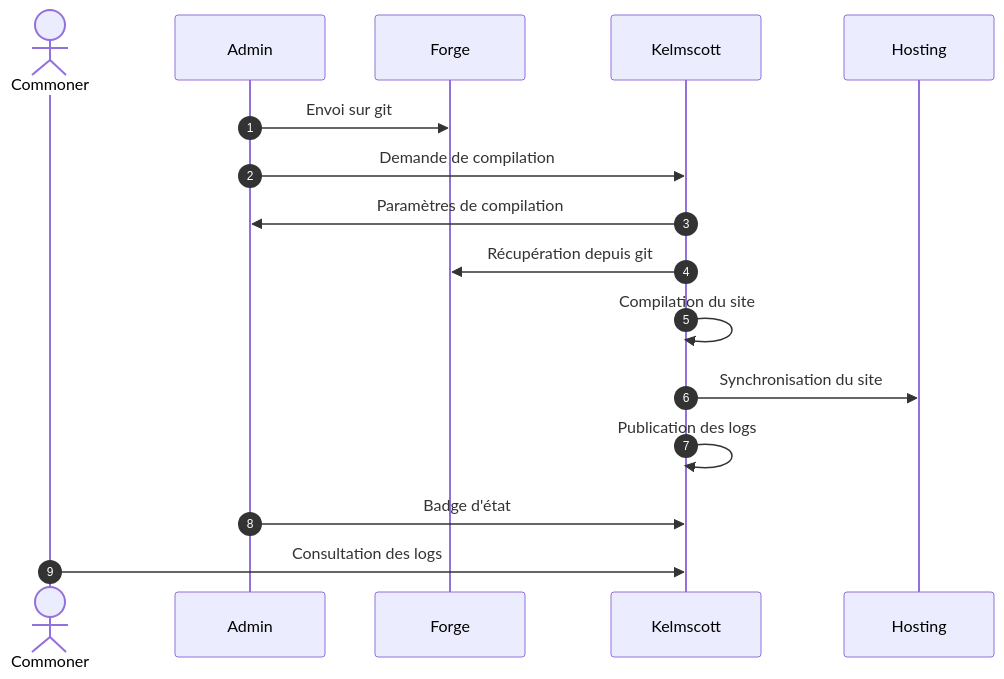
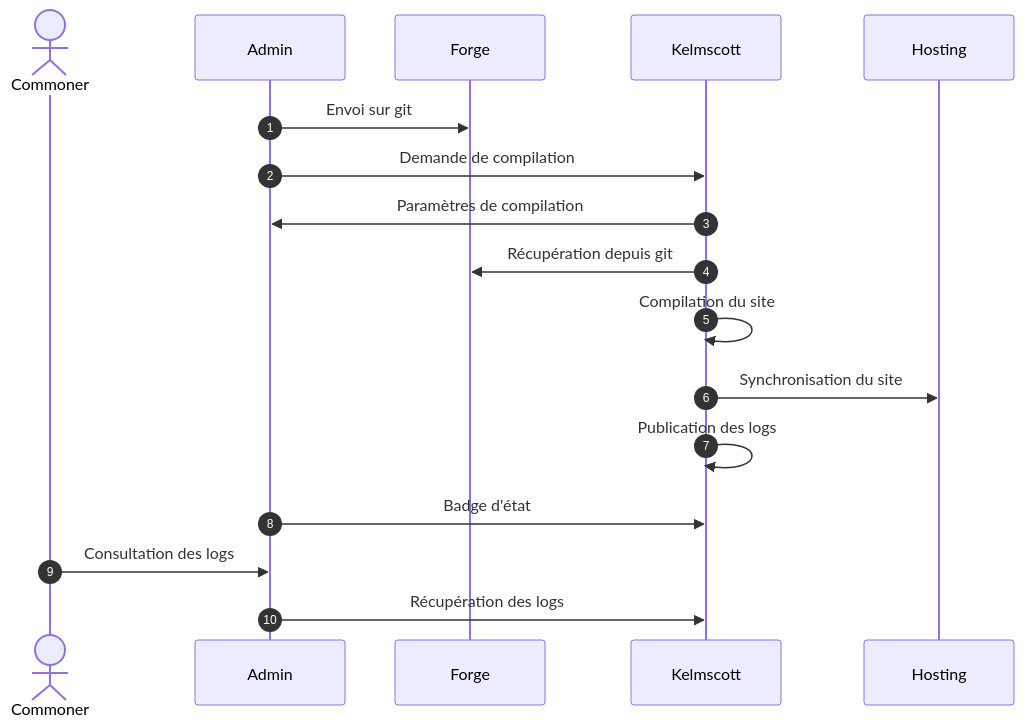
One commit to osunyorg/developers changed the second of 4 diagrams in content/docs/admin/sites-web/publisher/_index.md. Above: the diagram before and after it, drawn with Mermaid.

````diff
--- a/content/docs/admin/sites-web/publisher/_index.md
+++ b/content/docs/admin/sites-web/publisher/_index.md
@@ -37,14 +37,15 @@
 ```mermaid
 sequenceDiagram
   autonumber
   actor Commoner
   Admin->>Forge: Envoi sur git
   Admin->>Kelmscott: Demande de compilation
   Kelmscott->>Admin: Paramètres de compilation
   Kelmscott->>Forge: Récupération depuis git
   Kelmscott->>Kelmscott: Compilation du site
   Kelmscott->>Hosting: Synchronisation du site
   Kelmscott->>Kelmscott: Publication des logs
   Admin->>Kelmscott: Badge d'état
-  Commoner->>Kelmscott: Consultation des logs
+  Commoner->>Admin: Consultation des logs
+  Admin->>Kelmscott: Récupération des logs
 ```
````
